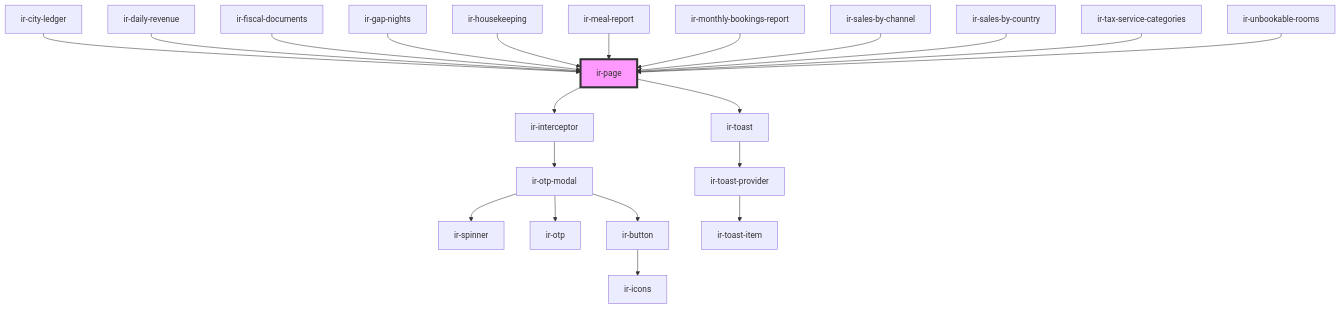
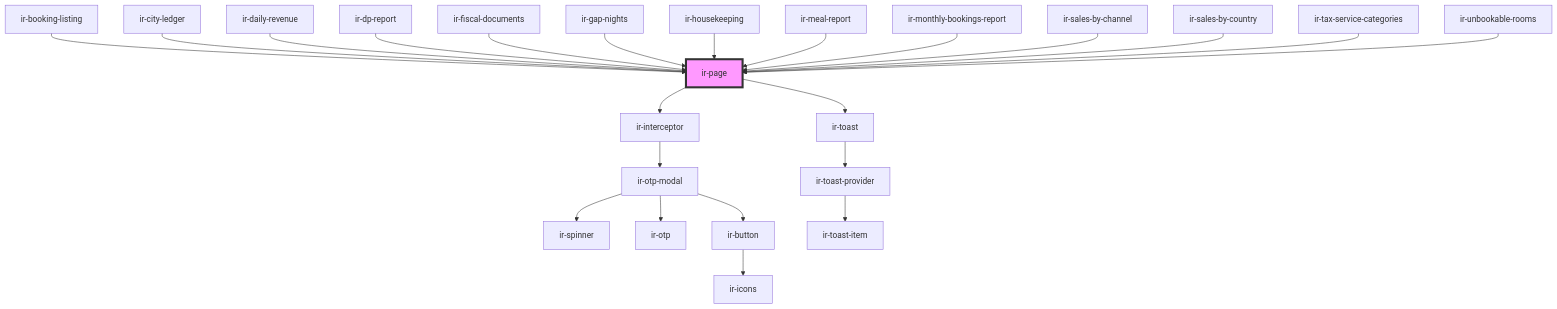
One commit to RonyRizk/ir-webcmp changed the diagram in src/components/ui/ir-page/readme.md. Above: the diagram before and after it, drawn with Mermaid. The commit also changed other lines of this file and 107 other files, not shown here.

````diff
--- a/src/components/ui/ir-page/readme.md
+++ b/src/components/ui/ir-page/readme.md
@@ -45,24 +49,26 @@
 ```mermaid
 graph TD;
   ir-page --> ir-interceptor
   ir-page --> ir-toast
   ir-interceptor --> ir-otp-modal
   ir-otp-modal --> ir-spinner
   ir-otp-modal --> ir-otp
   ir-otp-modal --> ir-button
   ir-button --> ir-icons
   ir-toast --> ir-toast-provider
   ir-toast-provider --> ir-toast-item
+  ir-booking-listing --> ir-page
   ir-city-ledger --> ir-page
   ir-daily-revenue --> ir-page
+  ir-dp-report --> ir-page
   ir-fiscal-documents --> ir-page
   ir-gap-nights --> ir-page
   ir-housekeeping --> ir-page
   ir-meal-report --> ir-page
   ir-monthly-bookings-report --> ir-page
   ir-sales-by-channel --> ir-page
   ir-sales-by-country --> ir-page
   ir-tax-service-categories --> ir-page
   ir-unbookable-rooms --> ir-page
   style ir-page fill:#f9f,stroke:#333,stroke-width:4px
 ```
````
